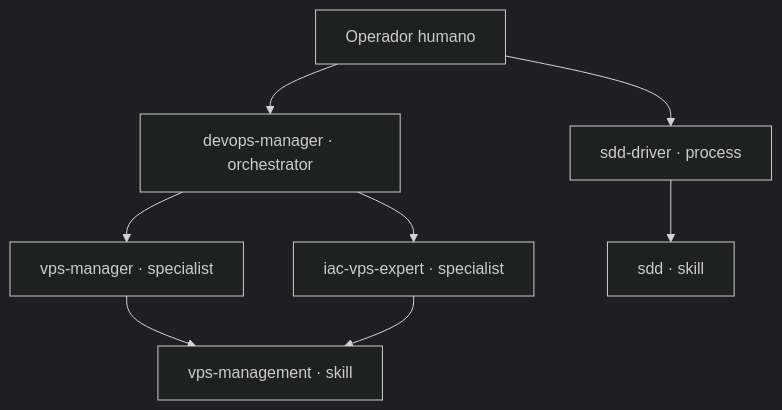
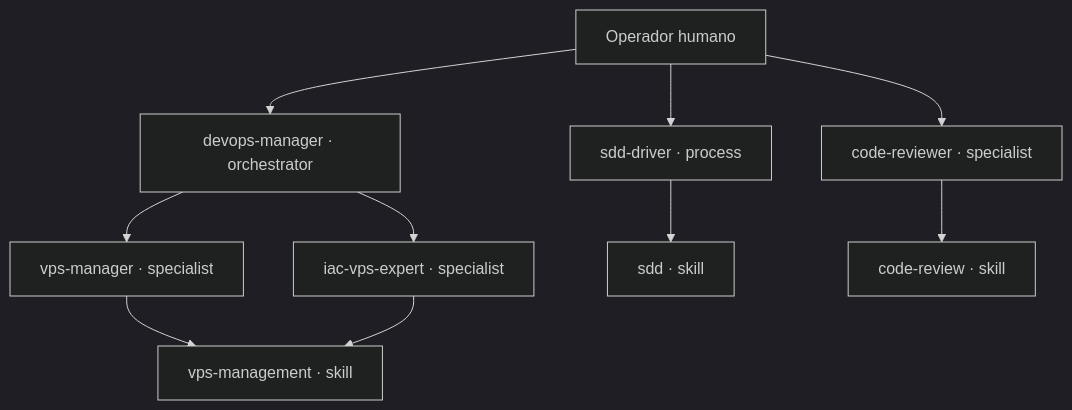
The diagram in docs/organization.md (sakulazo/opencode-workbench), drawn with Mermaid (dark theme) before and after one commit. The commit also changed other lines of this file and 3 other files, not shown here.

First line of the commit message:
Añadiendo agente code-reviewer con skill de apoyo code-review

````diff
--- a/docs/organization.md
+++ b/docs/organization.md
@@ -46,10 +47,12 @@
 ```mermaid
 graph TD
     OP[Operador humano] --> ORCH[devops-manager · orchestrator]
     ORCH --> VPS[vps-manager · specialist]
     ORCH --> IAC[iac-vps-expert · specialist]
     OP --> PROC[sdd-driver · process]
+    OP --> CR[code-reviewer · specialist]
     VPS --> S_VPS[vps-management · skill]
     IAC --> S_VPS
     PROC --> S_SDD[sdd · skill]
+    CR --> S_CR[code-review · skill]
 ```
````
